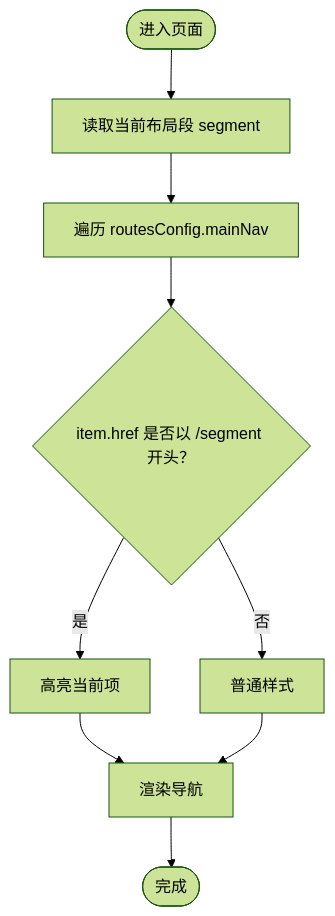
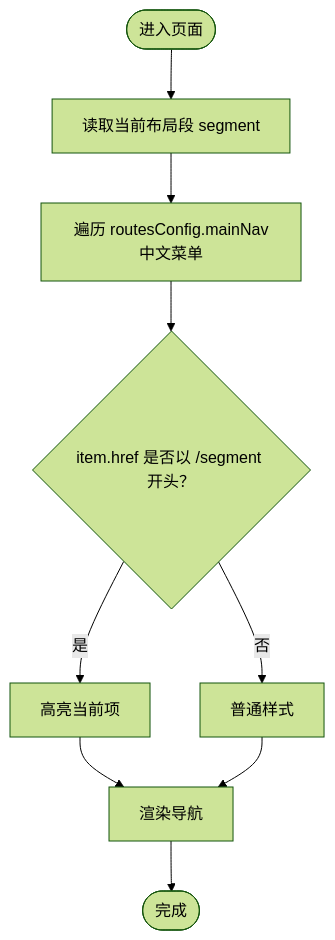
Before and after one commit to florianjsun/next-portfolio: the third of 6 diagrams in .qoder/repowiki/zh/content/配置指南/路由配置.md, drawn with Mermaid (forest theme). The commit also changed other lines of this file and 10 other files, not shown here.

````diff
--- a/.qoder/repowiki/zh/content/配置指南/路由配置.md
+++ b/.qoder/repowiki/zh/content/配置指南/路由配置.md
@@ -112,11 +118,11 @@
 ```mermaid
 flowchart TD
 Start(["进入页面"]) --> GetSeg["读取当前布局段 segment"]
-GetSeg --> MapItems["遍历 routesConfig.mainNav"]
+GetSeg --> MapItems["遍历 routesConfig.mainNav中文菜单"]
 MapItems --> Check{"item.href 是否以 /segment 开头？"}
 Check --> |是| Active["高亮当前项"]
 Check --> |否| Inactive["普通样式"]
 Active --> Render["渲染导航"]
 Inactive --> Render
 Render --> End(["完成"])
 ```
````
